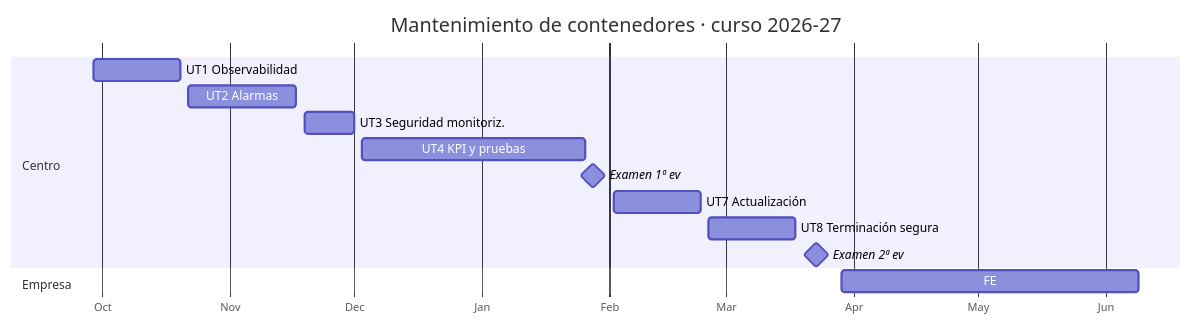
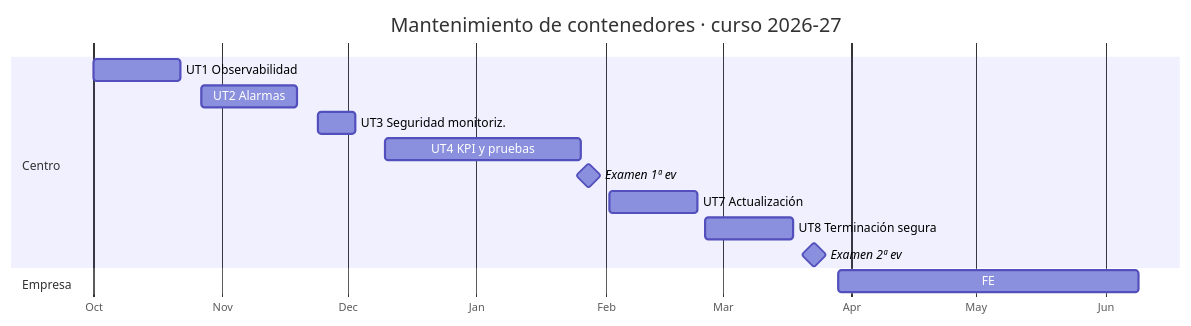
Before and after one commit to victor-educ/apuntes-5169: the diagram in docs/calendario.md, drawn with Mermaid. The commit also changed other lines of this file and 15 other files, not shown here.

````diff
--- a/docs/calendario.md
+++ b/docs/calendario.md
@@ -76,17 +75,17 @@
 ```mermaid
 gantt
     title Mantenimiento de contenedores · curso 2026-27
     dateFormat  YYYY-MM-DD
     axisFormat  %b
     section Centro
-    UT1 Observabilidad        :2026-09-29, 2026-10-20
-    UT2 Alarmas               :2026-10-22, 2026-11-17
-    UT3 Seguridad monitoriz.  :2026-11-19, 2026-12-01
-    UT4 KPI y pruebas         :2026-12-03, 2027-01-26
+    UT1 Observabilidad        :2026-10-01, 2026-10-22
+    UT2 Alarmas               :2026-10-27, 2026-11-19
+    UT3 Seguridad monitoriz.  :2026-11-24, 2026-12-03
+    UT4 KPI y pruebas         :2026-12-10, 2027-01-26
     Examen 1ª ev              :milestone, 2027-01-28, 0d
     UT7 Actualización         :2027-02-02, 2027-02-23
     UT8 Terminación segura    :2027-02-25, 2027-03-18
     Examen 2ª ev              :milestone, 2027-03-23, 0d
     section Empresa
     FE                        :2027-03-29, 2027-06-09
 ```
````
